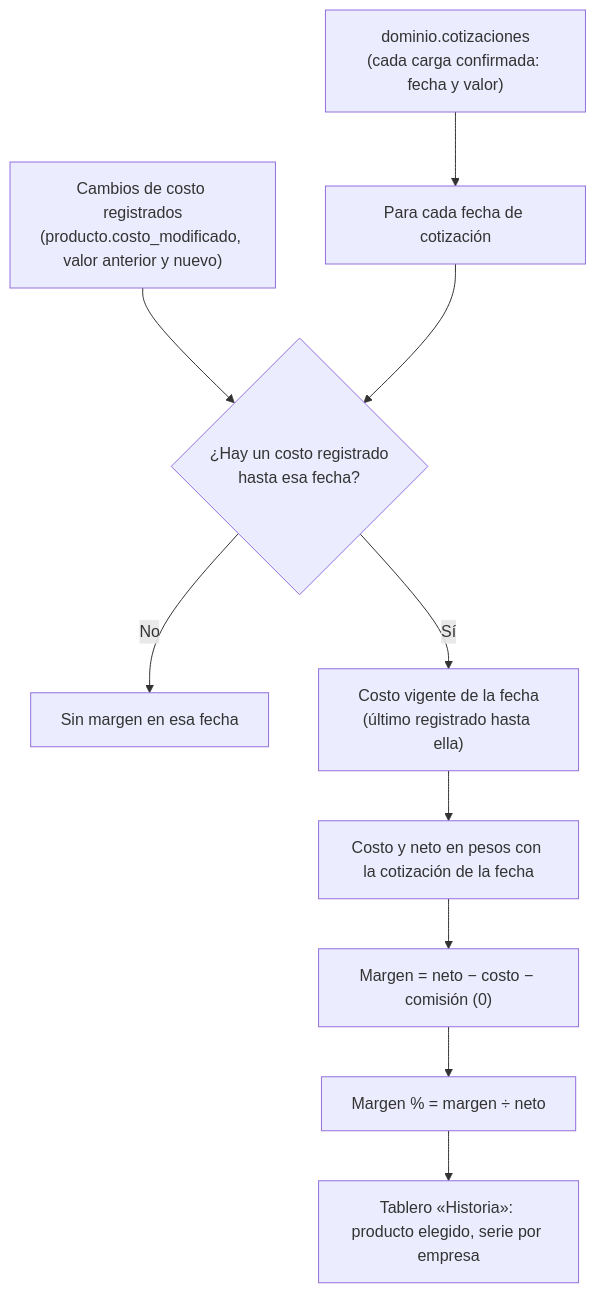
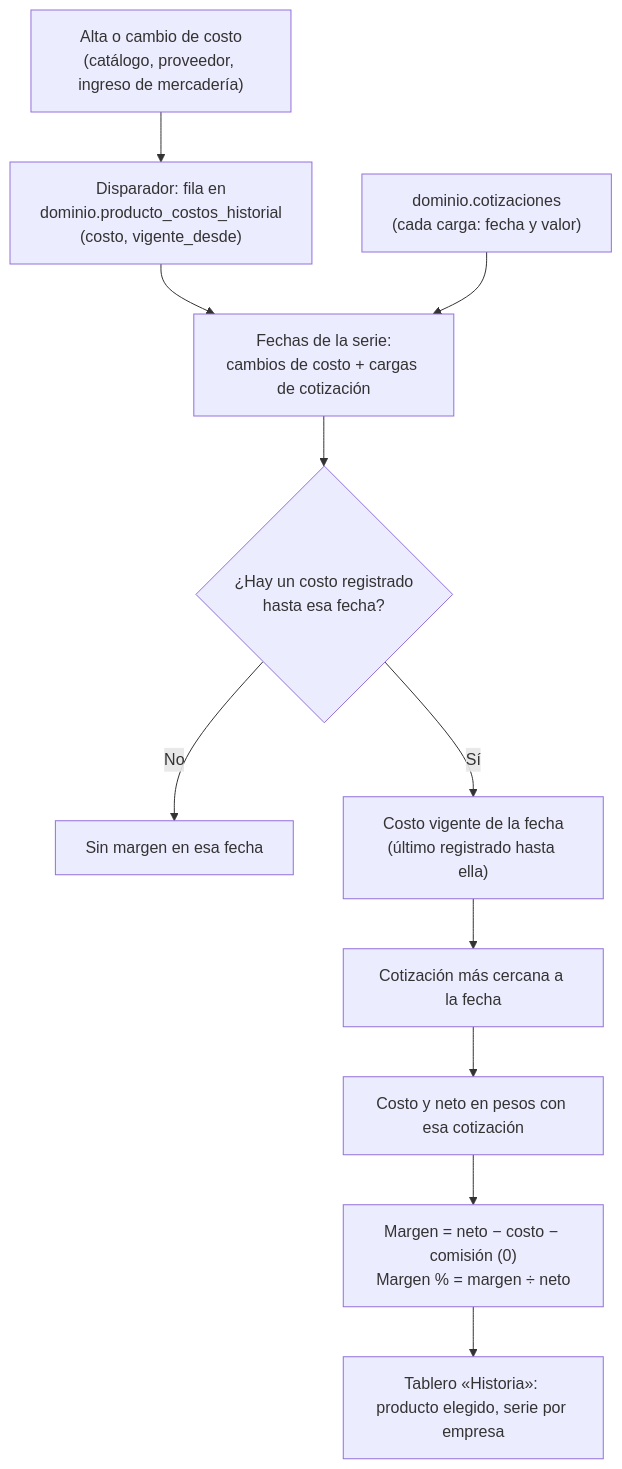
The second of 3 diagrams in specs/20261024-130000-rentabilidad-comparativos-e-historia/spec.md (nicolasjones/multistorefront-meli), drawn with Mermaid before and after one commit. The commit also changed other lines of this file and 3 other files, not shown here.

Commit message:
docs(spec): rentabilidad comparativos e historia con historia de costos propia (MSF-127)

````diff
--- a/specs/20261024-130000-rentabilidad-comparativos-e-historia/spec.md
+++ b/specs/20261024-130000-rentabilidad-comparativos-e-historia/spec.md
@@ -90,12 +95,13 @@
 ```mermaid
 flowchart TD
-  A["dominio.cotizaciones<br/>(cada carga confirmada: fecha y valor)"] --> B["Para cada fecha de cotización"]
-  C["Cambios de costo registrados<br/>(producto.costo_modificado, valor anterior y nuevo)"] --> D{"¿Hay un costo registrado<br/>hasta esa fecha?"}
-  B --> D
+  W["Alta o cambio de costo<br/>(catálogo, proveedor, ingreso de mercadería)"] --> H["Disparador: fila en<br/>dominio.producto_costos_historial<br/>(costo, vigente_desde)"]
+  H --> F["Fechas de la serie:<br/>cambios de costo + cargas de cotización"]
+  A["dominio.cotizaciones<br/>(cada carga: fecha y valor)"] --> F
+  F --> D{"¿Hay un costo registrado<br/>hasta esa fecha?"}
   D -- "No" --> X["Sin margen en esa fecha"]
   D -- "Sí" --> E["Costo vigente de la fecha<br/>(último registrado hasta ella)"]
-  E --> F["Costo y neto en pesos con la cotización de la fecha"]
-  F --> G["Margen = neto − costo − comisión (0)"]
-  G --> H["Margen % = margen ÷ neto"]
-  H --> I["Tablero «Historia»: producto elegido, serie por empresa"]
+  E --> Q["Cotización más cercana a la fecha"]
+  Q --> G["Costo y neto en pesos con esa cotización"]
+  G --> M["Margen = neto − costo − comisión (0)<br/>Margen % = margen ÷ neto"]
+  M --> T["Tablero «Historia»: producto elegido, serie por empresa"]
 ```
````
